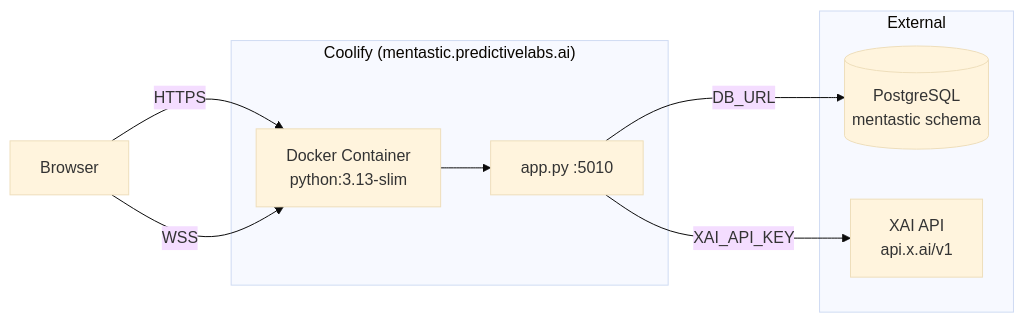
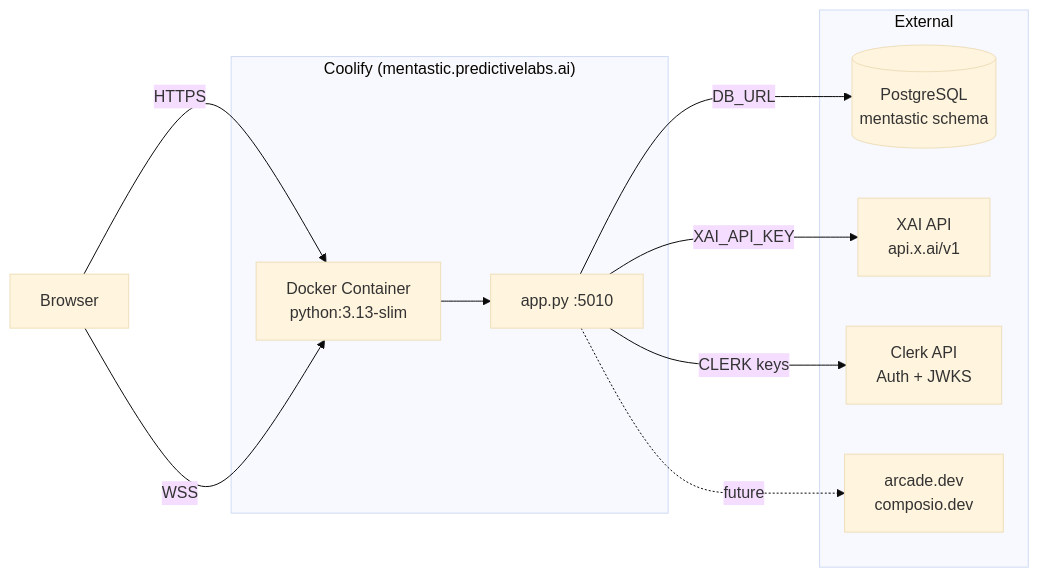
Diagram 11 of 12 in docs/architecture_readme.md (predictivelabsai/mentastic), drawn with Mermaid (base theme) before and after one commit. The commit also changed other lines of this file and 13 other files, not shown here.

First line of the commit message:
Regenerate architecture docs with 12 Mermaid diagrams

````diff
--- a/docs/architecture_readme.md
+++ b/docs/architecture_readme.md
@@ -353,19 +467,23 @@
 ```mermaid
 graph LR
     subgraph "Coolify (mentastic.predictivelabs.ai)"
         DOCKER[Docker Container<br/>python:3.13-slim]
         APP[app.py :5010]
     end
 
     subgraph "External"
         PG[(PostgreSQL<br/>mentastic schema)]
         XAI[XAI API<br/>api.x.ai/v1]
+        CK[Clerk API<br/>Auth + JWKS]
+        ARC[arcade.dev<br/>composio.dev]
     end
 
     DOCKER --> APP
     APP -->|DB_URL| PG
     APP -->|XAI_API_KEY| XAI
-    
+    APP -->|CLERK keys| CK
+    APP -.->|future| ARC
+
     USER[Browser] -->|HTTPS| DOCKER
     USER -->|WSS| DOCKER
 ```
````
